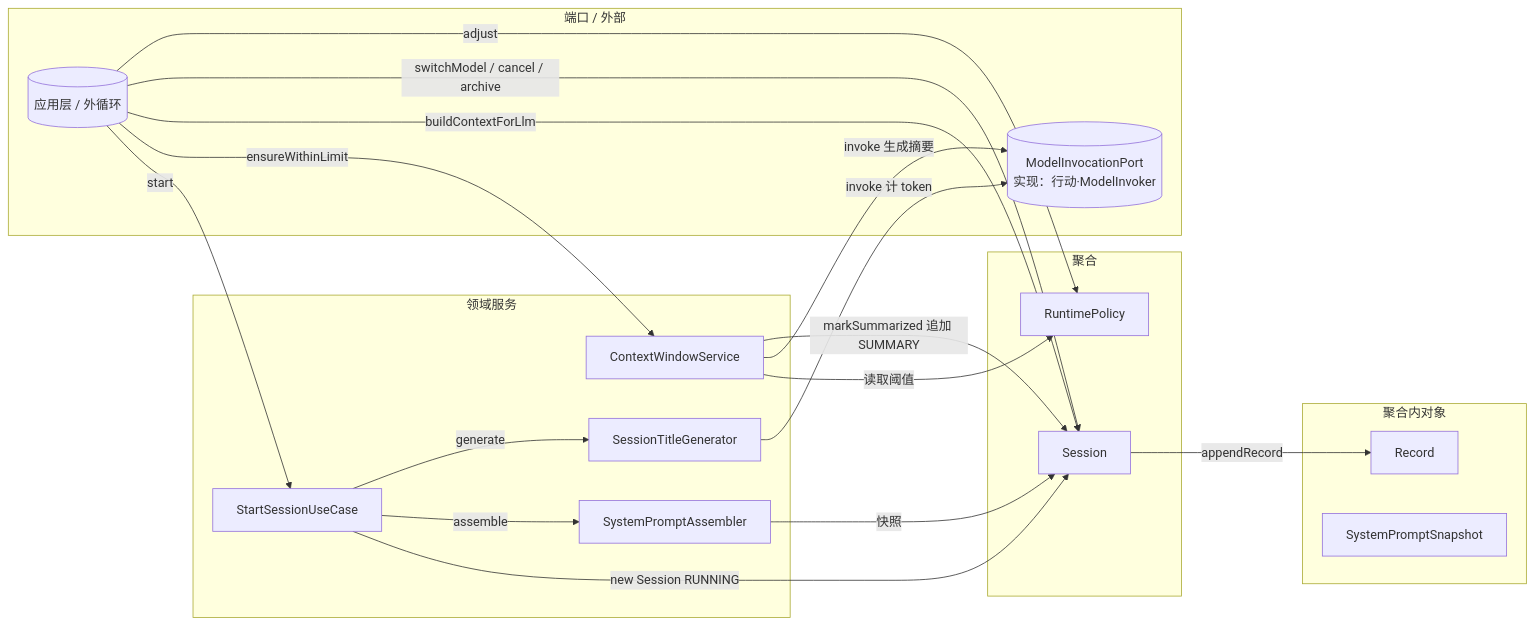
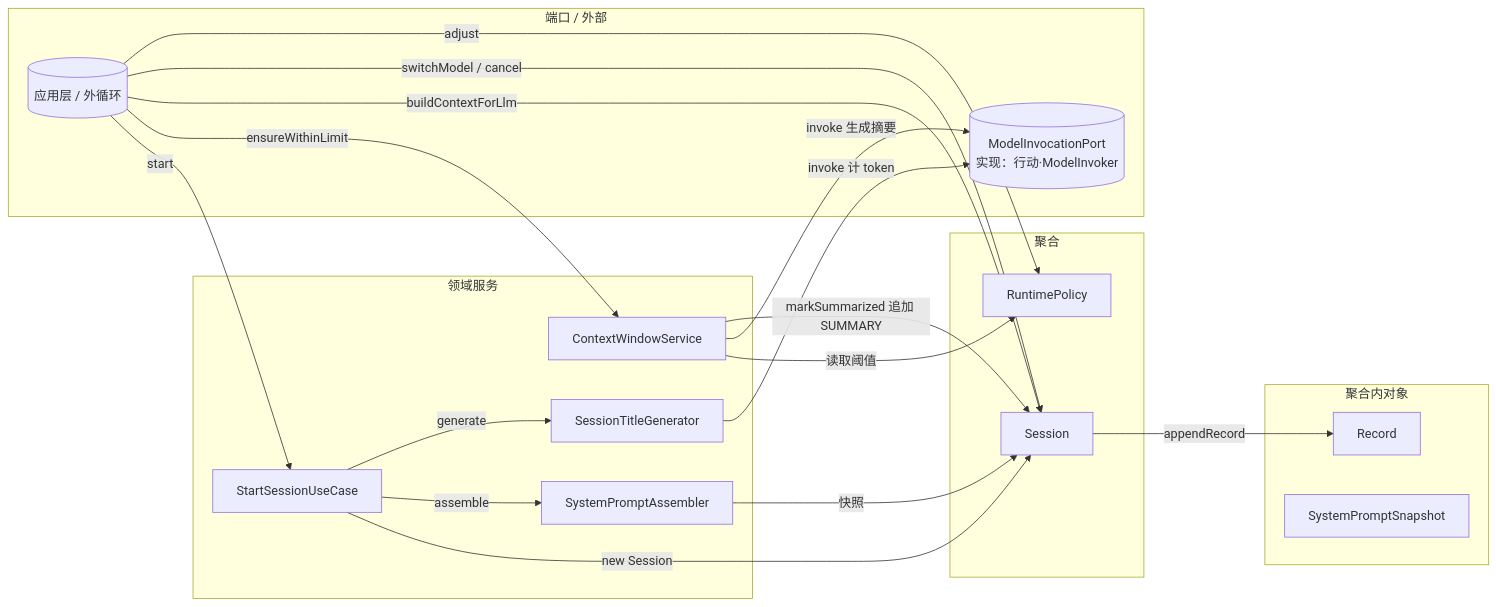
One commit to zcd0831/Jellyfish-Docs changed the second of 6 diagrams in model/模块-感知.md. Above: the diagram before and after it, drawn with Mermaid. The commit also changed other lines of this file and 12 other files, not shown here.

````diff
--- a/model/模块-感知.md
+++ b/model/模块-感知.md
@@ -214,41 +205,41 @@
 ```mermaid
 flowchart LR
     subgraph 领域服务
         SF[StartSessionUseCase]
         TG[SessionTitleGenerator]
         SA[SystemPromptAssembler]
         CW[ContextWindowService]
     end
 
     subgraph 聚合
         S[Session]
         RP[RuntimePolicy]
     end
 
     subgraph 聚合内对象
         R[Record]
         SNAP[SystemPromptSnapshot]
     end
 
     subgraph 端口 / 外部
         PORT[(ModelInvocationPort<br/>实现：行动·ModelInvoker)]
         APP[(应用层 / 外循环)]
     end
 
     APP -->|start| SF
-    SF -->|new Session RUNNING| S
+    SF -->|new Session| S
     SF -->|assemble| SA
     SA -->|快照| S
     SF -->|generate| TG
     TG -->|invoke 计 token| PORT
 
     APP -->|ensureWithinLimit| CW
     CW -->|读取阈值| RP
     CW -->|invoke 生成摘要| PORT
     CW -->|markSummarized 追加 SUMMARY| S
 
     S -->|appendRecord| R
     APP -->|buildContextForLlm| S
-    APP -->|switchModel / cancel / archive| S
+    APP -->|switchModel / cancel| S
     APP -->|adjust| RP
 ```
````
